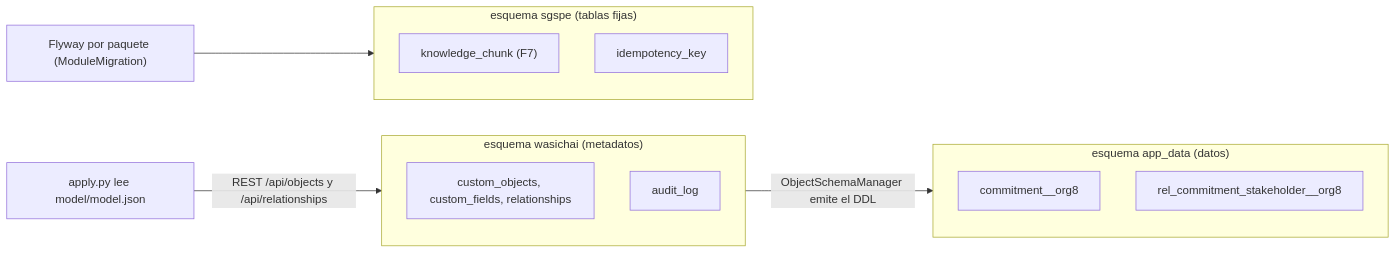
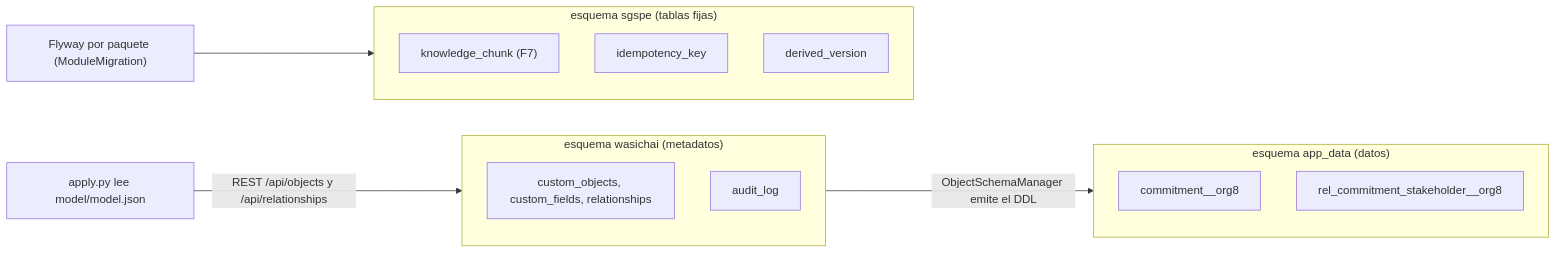
The first of 16 diagrams in docs/database-model.md (wasichai/sgspe), drawn with Mermaid before and after one commit. The commit also changed other lines of this file and 19 other files, not shown here.

````diff
--- a/docs/database-model.md
+++ b/docs/database-model.md
@@ -45,18 +45,19 @@
 ```mermaid
 flowchart LR
     APPLY["apply.py lee model/model.json"] -->|"REST /api/objects y /api/relationships"| META
     subgraph META["esquema wasichai (metadatos)"]
         CO["custom_objects, custom_fields, relationships"]
         AU["audit_log"]
     end
     META -->|"ObjectSchemaManager emite el DDL"| DATA
     subgraph DATA["esquema app_data (datos)"]
         T1["commitment__org8"]
         T2["rel_commitment_stakeholder__org8"]
     end
     FW["Flyway por paquete (ModuleMigration)"] --> SG
     subgraph SG["esquema sgspe (tablas fijas)"]
         K1["knowledge_chunk (F7)"]
         I1["idempotency_key"]
+        D1["derived_version"]
     end
 ```
````
